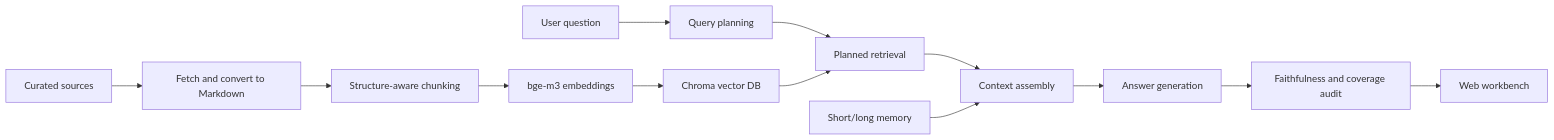
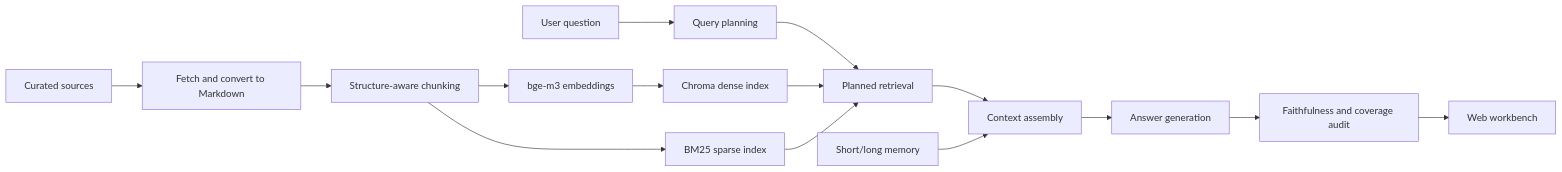
The diagram in README.md (lzyadone/enterprise-rag-learning-project), drawn with Mermaid before and after one commit. The commit also changed other lines of this file and 15 other files, not shown here.

````diff
--- a/README.md
+++ b/README.md
@@ -41,15 +44,17 @@
 ```mermaid
 flowchart LR
     A["Curated sources"] --> B["Fetch and convert to Markdown"]
     B --> C["Structure-aware chunking"]
     C --> D["bge-m3 embeddings"]
-    D --> E["Chroma vector DB"]
+    D --> E["Chroma dense index"]
+    C --> S["BM25 sparse index"]
     Q["User question"] --> P["Query planning"]
     P --> R["Planned retrieval"]
     E --> R
+    S --> R
     R --> K["Context assembly"]
     M["Short/long memory"] --> K
     K --> G["Answer generation"]
     G --> AU["Faithfulness and coverage audit"]
     AU --> W["Web workbench"]
 ```
````
